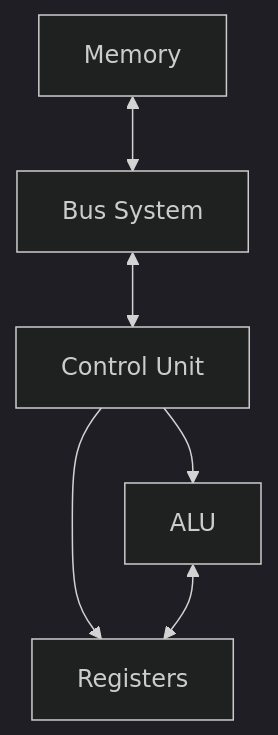
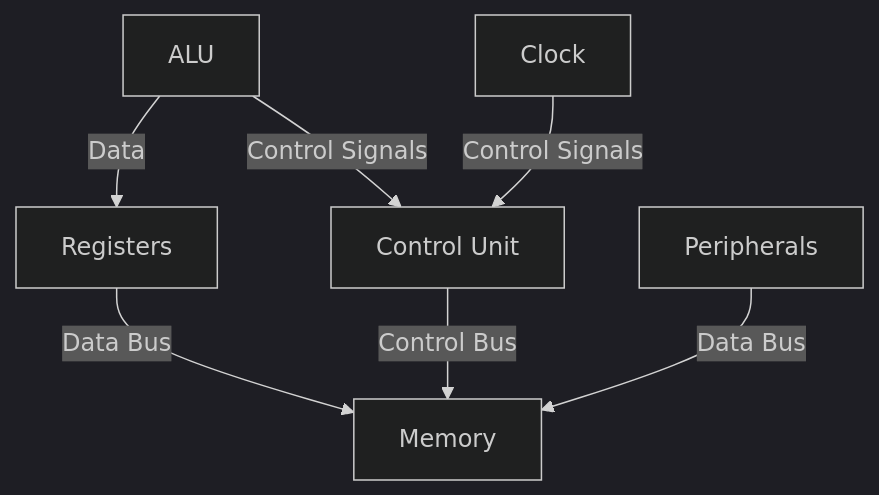
One commit to Cyberistic/Kuwait-University-Computer-Engineering-Masters-Prep-2025 changed the first of 2 diagrams in 3 - Microprocessor and Microcontroller/10 - Architecture, Registers and Instructions.md. Above: the diagram before and after it, drawn with Mermaid (dark theme). The commit also changed other lines of this file and 2 other files, not shown here.

````diff
--- a/3 - Microprocessor and Microcontroller/10 - Architecture, Registers and Instructions.md
+++ b/3 - Microprocessor and Microcontroller/10 - Architecture, Registers and Instructions.md
@@ -38,8 +56,9 @@
 ```mermaid
 graph TD
-    A[Control Unit] --> B[ALU]
-    A --> C[Registers]
-    B <--> C
-    D[Memory] <--> E[Bus System]
-    E <--> A
+    A[ALU] -->|Data| B[Registers]
+    A -->|Control Signals| C[Control Unit]
+    B -->|Data Bus| D[Memory]
+    C -->|Control Bus| D
+    E[Peripherals] -->|Data Bus| D
+    F[Clock] -->|Control Signals| C
 ```
````
